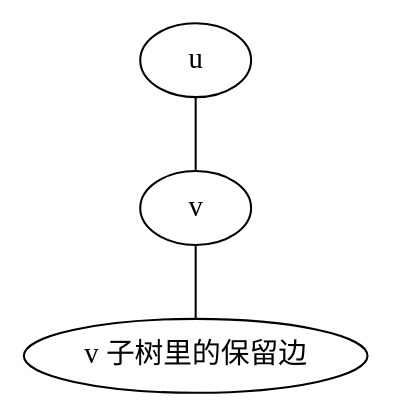
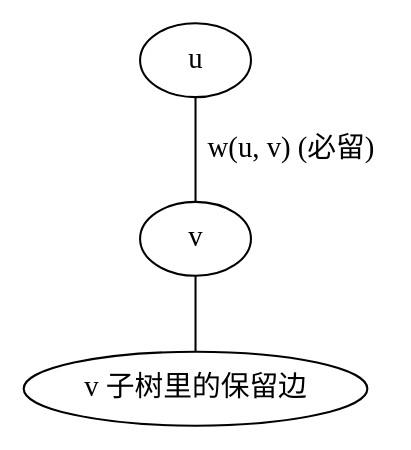
Before and after one commit to rainboyOJ/new_problem_solutions: the diagram in problems/luogu/P2015/index.md, drawn with Graphviz. The commit also changed other lines of this file, not shown here.

````diff
--- a/problems/luogu/P2015/index.md
+++ b/problems/luogu/P2015/index.md
@@ -76,9 +88,9 @@
 ```dot
 graph G {
   U [label="u"];
   V [label="v"];
   X [label="v 子树里的保留边"];
-  U -- V;
+  U -- V [label="w(u, v) (必留)"];
   V -- X;
 }
 ```
````
